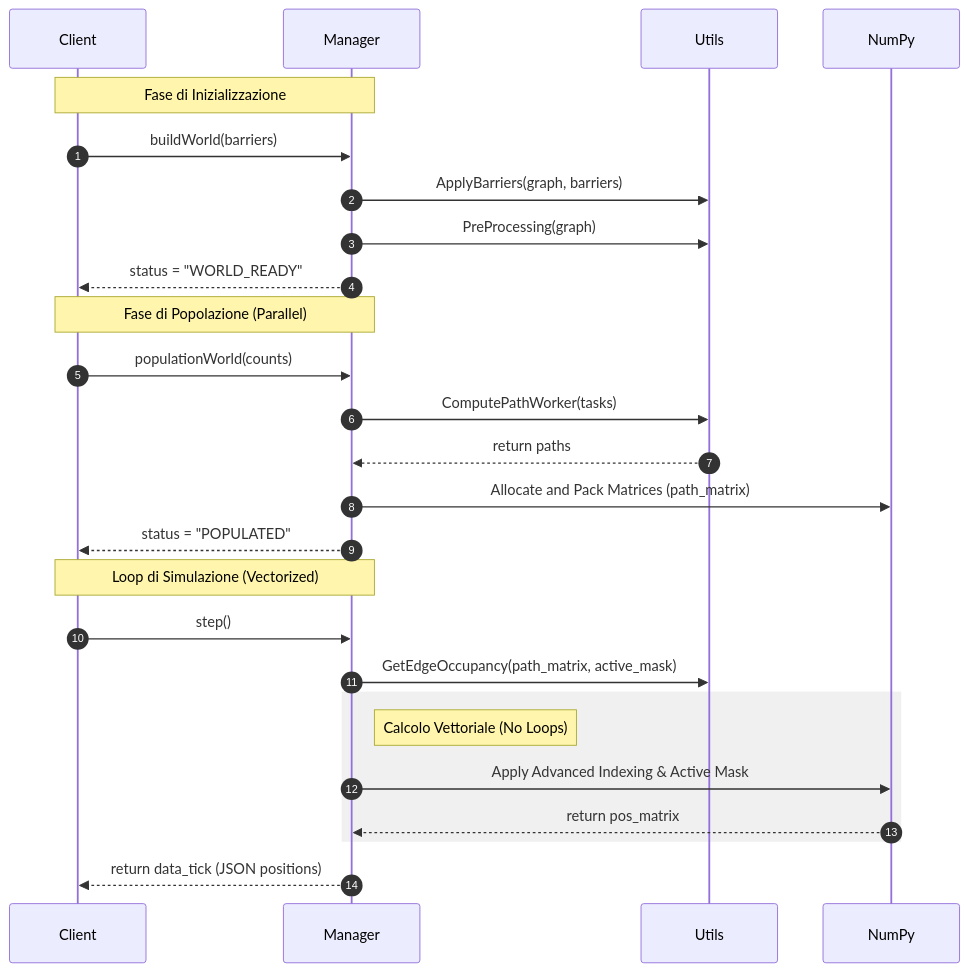
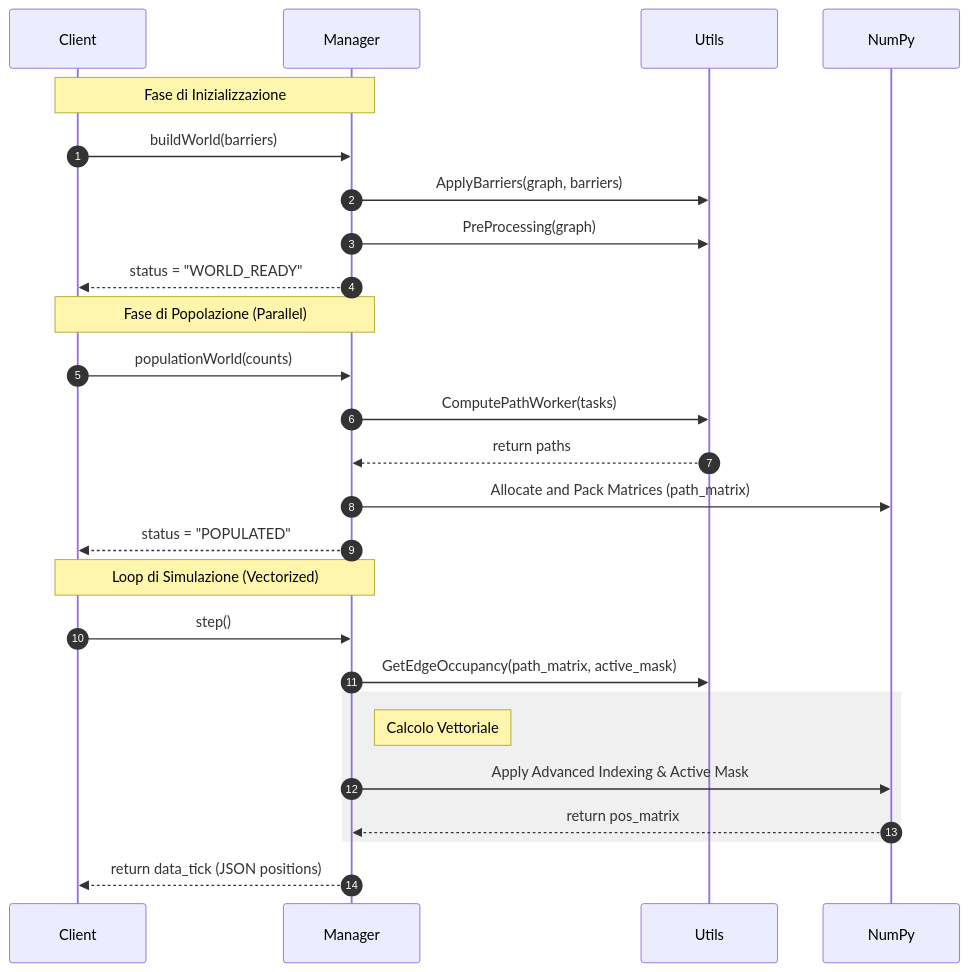
Before and after one commit to viky17/TrafficSimulator: the first of 2 diagrams in project.md, drawn with Mermaid. The commit also changed other lines of this file, not shown here.

````diff
--- a/project.md
+++ b/project.md
@@ -48,33 +49,33 @@
 ```mermaid
 sequenceDiagram
     autonumber
     participant Client
     participant Manager
     participant Utils
     participant NumPy
 
     Note over Client, Manager: Fase di Inizializzazione
     Client->>Manager: buildWorld(barriers)
     Manager->>Utils: ApplyBarriers(graph, barriers)
     Manager->>Utils: PreProcessing(graph)
     Manager-->>Client: status = "WORLD_READY"
 
     Note over Client, Manager: Fase di Popolazione (Parallel)
     Client->>Manager: populationWorld(counts)
     Manager->>Utils: ComputePathWorker(tasks)
     Utils-->>Manager: return paths
     Manager->>NumPy: Allocate and Pack Matrices (path_matrix)
     Manager-->>Client: status = "POPULATED"
 
     Note over Client, Manager: Loop di Simulazione (Vectorized)
     Client->>Manager: step()
     Manager->>Utils: GetEdgeOccupancy(path_matrix, active_mask)
     
     rect rgb(240, 240, 240)
-    Note right of Manager: Calcolo Vettoriale (No Loops)
+    Note right of Manager: Calcolo Vettoriale
     Manager->>NumPy: Apply Advanced Indexing & Active Mask
     NumPy-->>Manager: return pos_matrix
     end
 
     Manager-->>Client: return data_tick (JSON positions)
 ```
````
